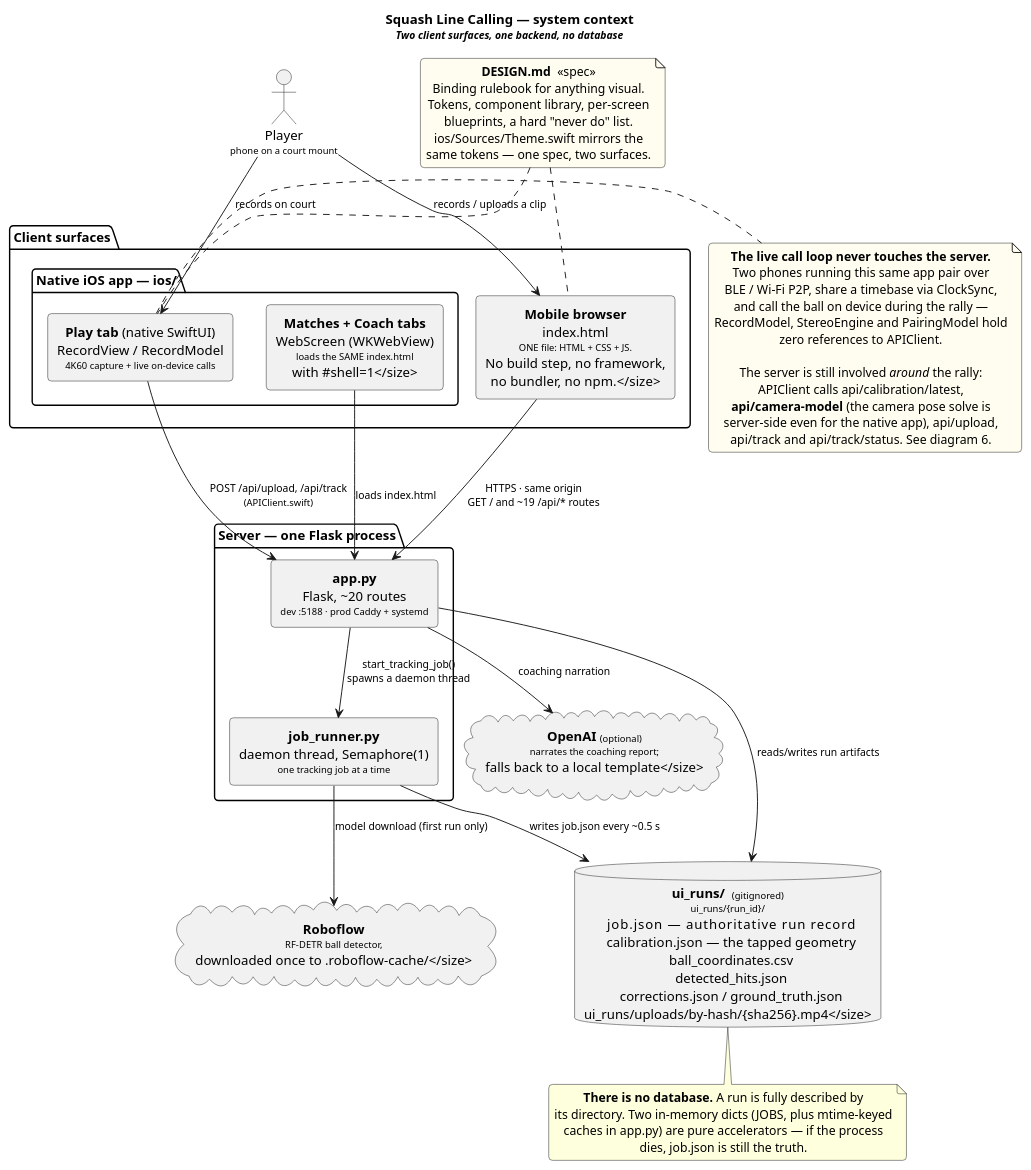
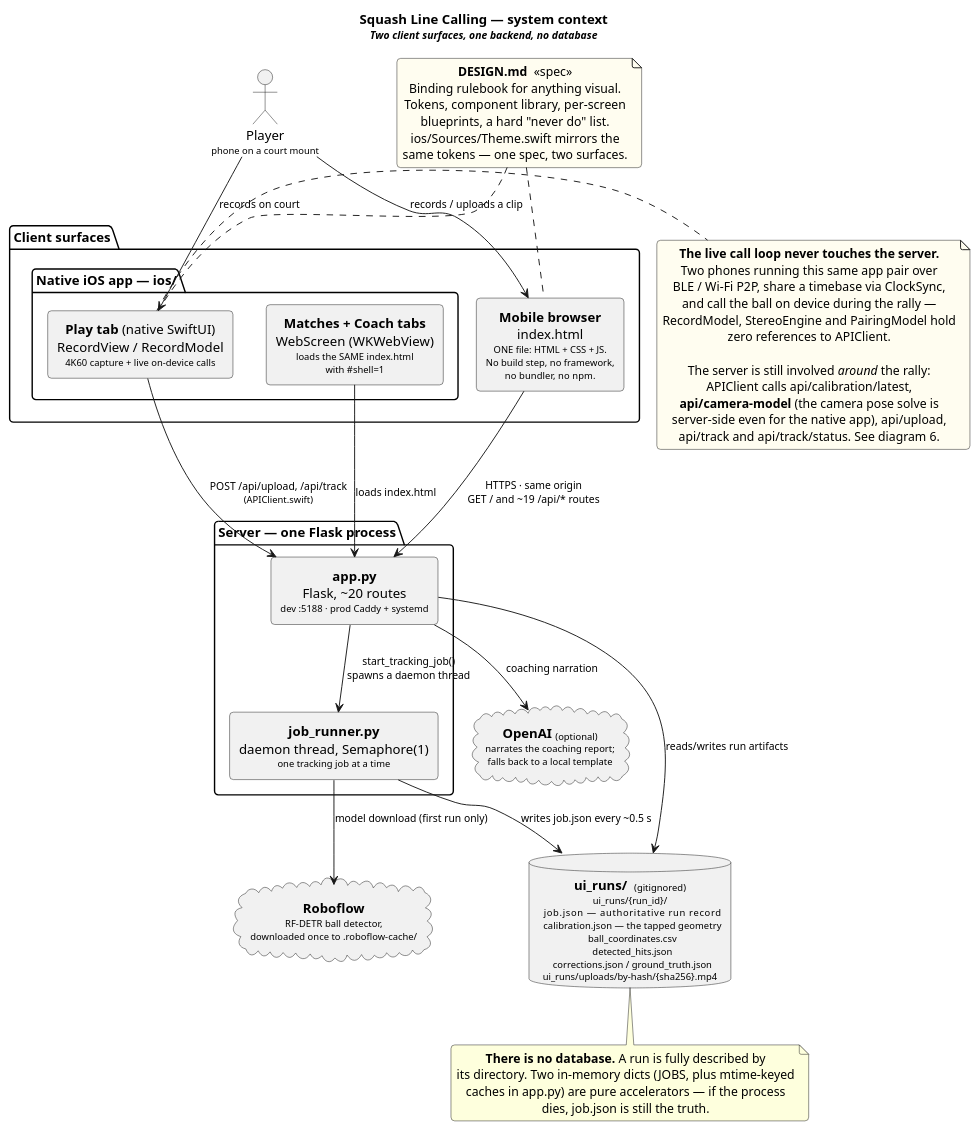
The first of 7 diagrams in docs/architecture.puml (redcappyal/UCSC-AI-Project), drawn with PlantUML before and after one commit. The commit also changed other lines of this file and 1 other file, not shown here.

First line of the commit message:
fix(arch): render the diagrams, and fix what only rendering could reveal

```diff
--- a/docs/architecture.puml
+++ b/docs/architecture.puml
@@ -17,79 +17,79 @@
 @startuml system_context
 title Squash Line Calling — system context\n<size:11>//Two client surfaces, one backend, no database//</size>
 
 skinparam componentStyle rectangle
 skinparam shadowing false
 skinparam roundCorner 8
 skinparam defaultTextAlignment center
 skinparam ArrowFontSize 11
 
 actor "Player\n<size:10>phone on a court mount</size>" as player
 
 package "Client surfaces" {
 
-  component "**Mobile browser**\nindex.html\n<size:10>ONE file: HTML + CSS + JS.\nNo build step, no framework,\nno bundler, no npm.</size>" as web
+  component "**Mobile browser**\nindex.html\n<size:10>ONE file: HTML + CSS + JS.</size>\n<size:10>No build step, no framework,</size>\n<size:10>no bundler, no npm.</size>" as web
 
   package "Native iOS app — ios/" {
     component "**Play tab** (native SwiftUI)\nRecordView / RecordModel\n<size:10>4K60 capture + live on-device calls</size>" as iosNative
-    component "**Matches + Coach tabs**\nWebScreen (WKWebView)\n<size:10>loads the SAME index.html\nwith #shell=1</size>" as iosWeb
+    component "**Matches + Coach tabs**\nWebScreen (WKWebView)\n<size:10>loads the SAME index.html</size>\n<size:10>with #shell=1</size>" as iosWeb
   }
 }
 
 package "Server — one Flask process" {
   component "**app.py**\nFlask, ~20 routes\n<size:10>dev :5188 · prod Caddy + systemd</size>" as flask
   component "**job_runner.py**\ndaemon thread, Semaphore(1)\n<size:10>one tracking job at a time</size>" as jobs
 }
 
-database "**ui_runs/**  <size:10>(gitignored)</size>\n<size:10>ui_runs/{run_id}/\n  job.json          — authoritative run record\n  calibration.json  — the tapped geometry\n  ball_coordinates.csv\n  detected_hits.json\n  corrections.json / ground_truth.json\nui_runs/uploads/by-hash/{sha256}.mp4</size>" as store
+database "**ui_runs/**  <size:10>(gitignored)</size>\n<size:10>ui_runs/{run_id}/</size>\n<size:10>  job.json          — authoritative run record</size>\n<size:10>  calibration.json  — the tapped geometry</size>\n<size:10>  ball_coordinates.csv</size>\n<size:10>  detected_hits.json</size>\n<size:10>  corrections.json / ground_truth.json</size>\n<size:10>ui_runs/uploads/by-hash/{sha256}.mp4</size>" as store
 
-cloud "**Roboflow**\n<size:10>RF-DETR ball detector,\ndownloaded once to .roboflow-cache/</size>" as roboflow
-cloud "**OpenAI** <size:10>(optional)</size>\n<size:10>narrates the coaching report;\nfalls back to a local template</size>" as openai
+cloud "**Roboflow**\n<size:10>RF-DETR ball detector,</size>\n<size:10>downloaded once to .roboflow-cache/</size>" as roboflow
+cloud "**OpenAI** <size:10>(optional)</size>\n<size:10>narrates the coaching report;</size>\n<size:10>falls back to a local template</size>" as openai
 
 note as designspec #FFFDF0
   <b>DESIGN.md</b>  «spec»
   Binding rulebook for anything visual.
   Tokens, component library, per-screen
   blueprints, a hard "never do" list.
   ios/Sources/Theme.swift mirrors the
   same tokens — one spec, two surfaces.
 end note
 
 player --> web : records / uploads a clip
 player --> iosNative : records on court
 
 web --> flask : HTTPS · same origin\nGET / and ~19 /api/* routes
 iosWeb --> flask : loads index.html
 iosNative --> flask : POST /api/upload, /api/track\n<size:10>(APIClient.swift)</size>
 
 note right of iosNative #FFFDF0
   <b>The live call loop never touches the server.</b>
   Two phones running this same app pair over
   BLE / Wi-Fi P2P, share a timebase via ClockSync,
   and call the ball on device during the rally —
   RecordModel, StereoEngine and PairingModel hold
   zero references to APIClient.
 
   The server is still involved <i>around</i> the rally:
   APIClient calls api/calibration/latest,
   <b>api/camera-model</b> (the camera pose solve is
   server-side even for the native app), api/upload,
   api/track and api/track/status. See diagram 6.
 end note
 
 flask --> jobs : start_tracking_job()\nspawns a daemon thread
 flask --> store : reads/writes run artifacts
 jobs --> store : writes job.json every ~0.5 s
 jobs --> roboflow : model download (first run only)
 flask --> openai : coaching narration
 
 designspec .. web
 designspec .. iosNative
 
 note bottom of store
   <b>There is no database.</b> A run is fully described by
   its directory. Two in-memory dicts (JOBS, plus mtime-keyed
   caches in app.py) are pure accelerators — if the process
   dies, job.json is still the truth.
 end note
 
 @enduml
```
